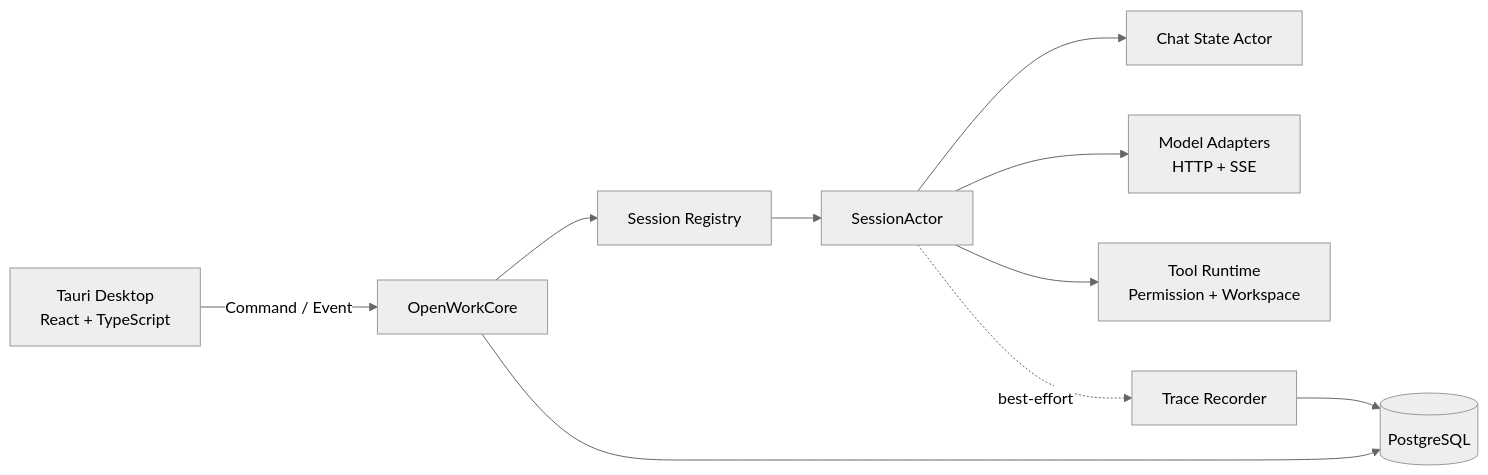
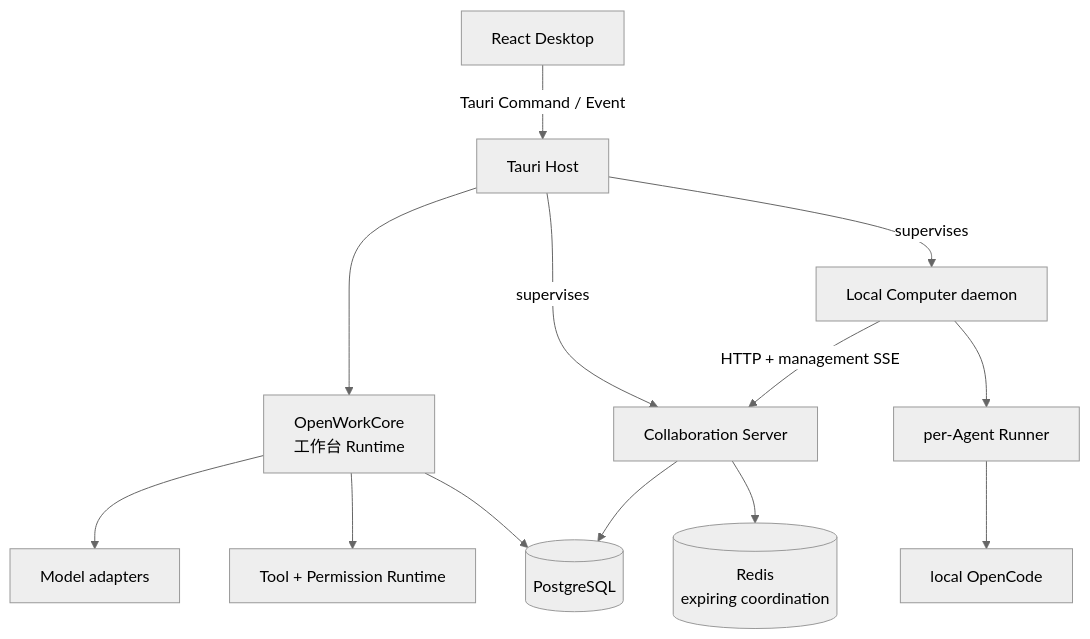
Before and after one commit to Aaron-Ben/OpenWork: the diagram in README.md, drawn with Mermaid (neutral theme). The commit also changed other lines of this file and 1 other file, not shown here.

````diff
--- a/README.md
+++ b/README.md
@@ -138,12 +90,17 @@
 ```mermaid
-flowchart LR
-    UI["Tauri Desktop<br/>React + TypeScript"] -->|"Command / Event"| Core["OpenWorkCore"]
-    Core --> Registry["Session Registry"]
-    Registry --> Actor["SessionActor"]
-    Actor --> Chat["Chat State Actor"]
-    Actor --> Model["Model Adapters<br/>HTTP + SSE"]
-    Actor --> Tools["Tool Runtime<br/>Permission + Workspace"]
-    Core --> DB[("PostgreSQL")]
-    Actor -. "best-effort" .-> Trace["Trace Recorder"]
-    Trace --> DB
+flowchart TB
+    UI["React Desktop"] -->|"Tauri Command / Event"| Host["Tauri Host"]
+
+    Host --> Core["OpenWorkCore<br/>工作台 Runtime"]
+    Core --> Models["Model adapters"]
+    Core --> Tools["Tool + Permission Runtime"]
+    Core --> PG[(PostgreSQL)]
+
+    Host -->|"supervises"| Server["Collaboration Server"]
+    Host -->|"supervises"| Computer["Local Computer daemon"]
+    Computer -->|"HTTP + management SSE"| Server
+    Computer --> Runners["per-Agent Runner"]
+    Runners --> OpenCode["local OpenCode"]
+    Server --> PG
+    Server --> Redis[(Redis<br/>expiring coordination)]
 ```
````
